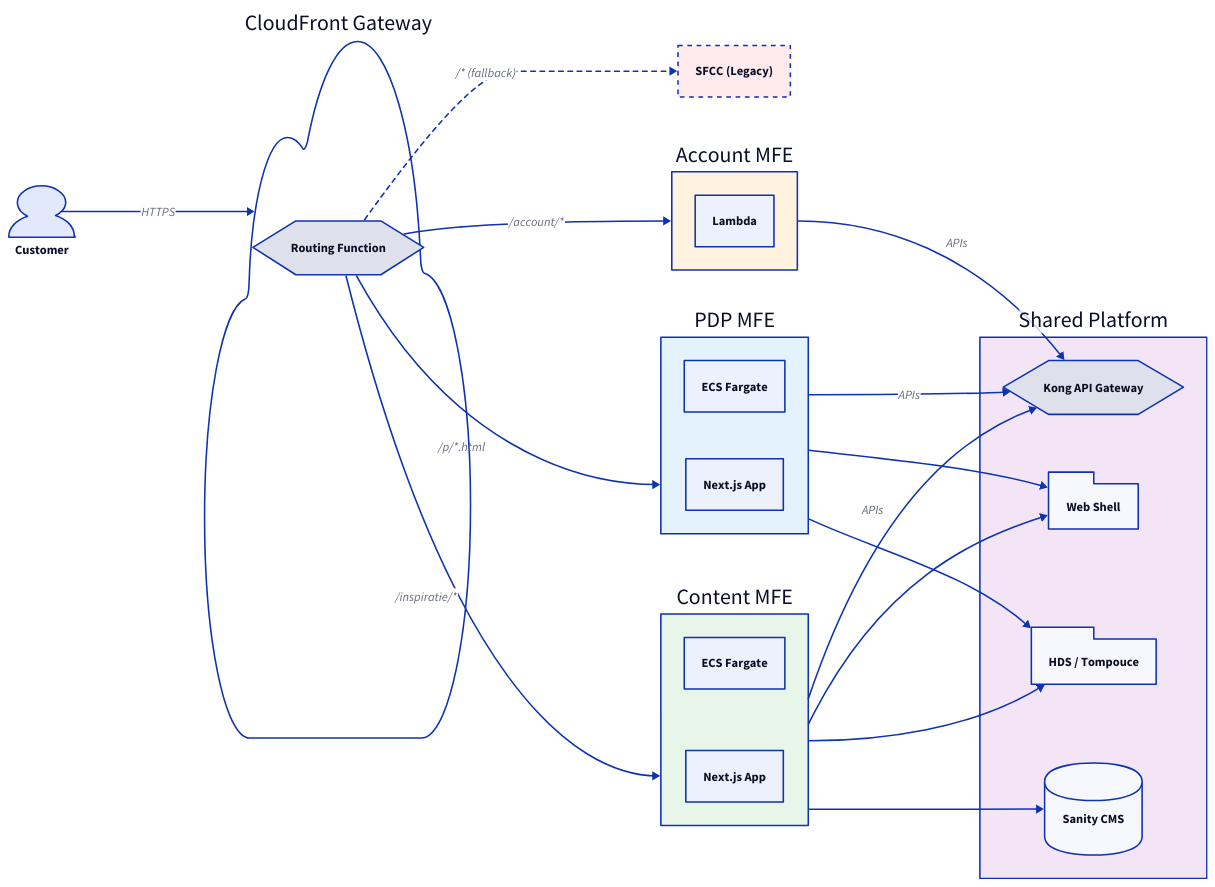
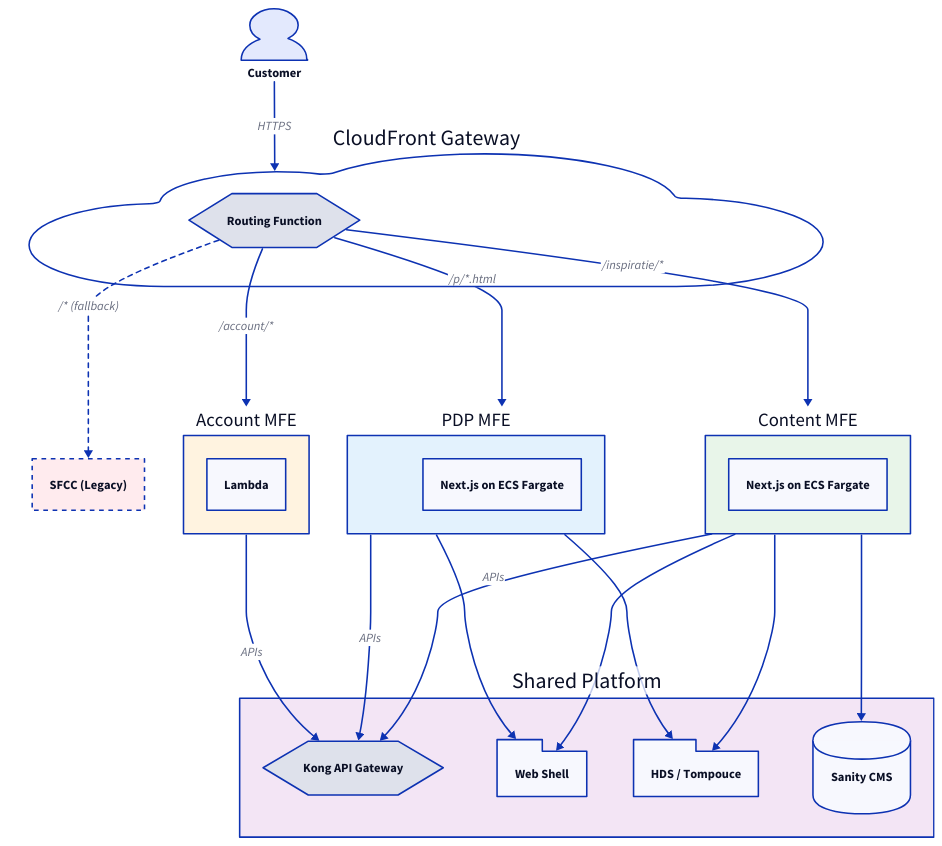
Before and after one commit to HemaEcom/developertrainings-golden-path-docs-experiment: the first of 2 diagrams in src/content/docs/golden-path/overview.md, drawn with D2. The commit also changed other lines of this file and 117 other files, not shown here.

Commit message:
Iterate Golden Path docs: improve narrative, ordering, and diagrams across all sections

````diff
--- a/src/content/docs/golden-path/overview.md
+++ b/src/content/docs/golden-path/overview.md
@@ -63,74 +63,76 @@
 ```d2
-direction: right
+direction: down
 
 customer: Customer {
   shape: person
 }
 
 gateway: CloudFront Gateway {
   shape: cloud
   routing: Routing Function {
     shape: hexagon
   }
 }
 
-sfcc: SFCC (Legacy) {
-  shape: rectangle
-  style.fill: "#FFEBEE"
-  style.stroke-dash: 3
-}
+zones: "" {
+  style.stroke: "transparent"
+  style.fill: "transparent"
 
-content: Content MFE {
-  shape: rectangle
-  style.fill: "#E8F5E9"
-  ecs: ECS Fargate
-  next: Next.js App
-}
+  sfcc: SFCC (Legacy) {
+    shape: rectangle
+    style.fill: "#FFEBEE"
+    style.stroke-dash: 3
+  }
 
-pdp: PDP MFE {
-  shape: rectangle
-  style.fill: "#E3F2FD"
-  ecs: ECS Fargate
-  next: Next.js App
-}
+  content: Content MFE {
+    shape: rectangle
+    style.fill: "#E8F5E9"
+    next: "Next.js on ECS Fargate"
+  }
 
-account: Account MFE {
-  shape: rectangle
-  style.fill: "#FFF3E0"
-  lambda: Lambda
+  pdp: PDP MFE {
+    shape: rectangle
+    style.fill: "#E3F2FD"
+    next: "Next.js on ECS Fargate"
+  }
+
+  account: Account MFE {
+    shape: rectangle
+    style.fill: "#FFF3E0"
+    lambda: "Lambda"
+  }
 }
 
 shared: Shared Platform {
-  shape: rectangle
   style.fill: "#F3E5F5"
   kong: Kong API Gateway {
     shape: hexagon
   }
   shell: Web Shell {
     shape: package
   }
   hds: HDS / Tompouce {
     shape: package
   }
   sanity: Sanity CMS {
     shape: cylinder
   }
 }
 
 customer -> gateway: HTTPS
-gateway.routing -> sfcc: "/* (fallback)" {
+gateway.routing -> zones.sfcc: "/* (fallback)" {
   style.stroke-dash: 3
 }
-gateway.routing -> content: "/inspiratie/*"
-gateway.routing -> pdp: "/p/*.html"
-gateway.routing -> account: "/account/*"
+gateway.routing -> zones.content: "/inspiratie/*"
+gateway.routing -> zones.pdp: "/p/*.html"
+gateway.routing -> zones.account: "/account/*"
 
-content -> shared.kong: APIs
-content -> shared.shell
-content -> shared.hds
-content -> shared.sanity
-pdp -> shared.kong: APIs
-pdp -> shared.shell
-pdp -> shared.hds
-account -> shared.kong: APIs
+zones.content -> shared.kong: APIs
+zones.content -> shared.shell
+zones.content -> shared.hds
+zones.content -> shared.sanity
+zones.pdp -> shared.kong: APIs
+zones.pdp -> shared.shell
+zones.pdp -> shared.hds
+zones.account -> shared.kong: APIs
 ```
````
